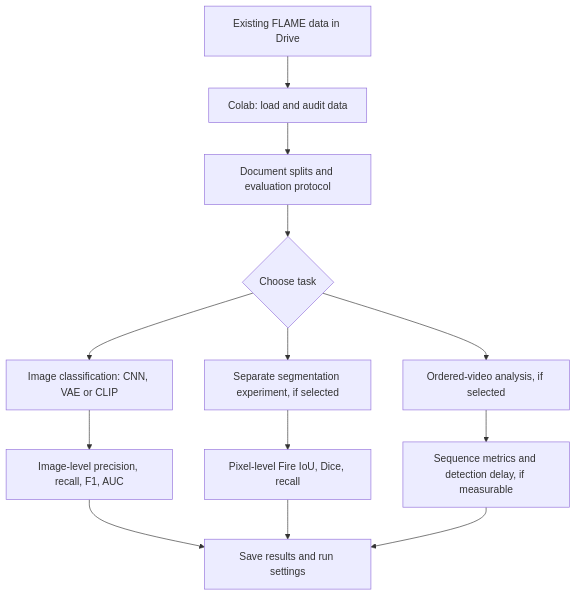
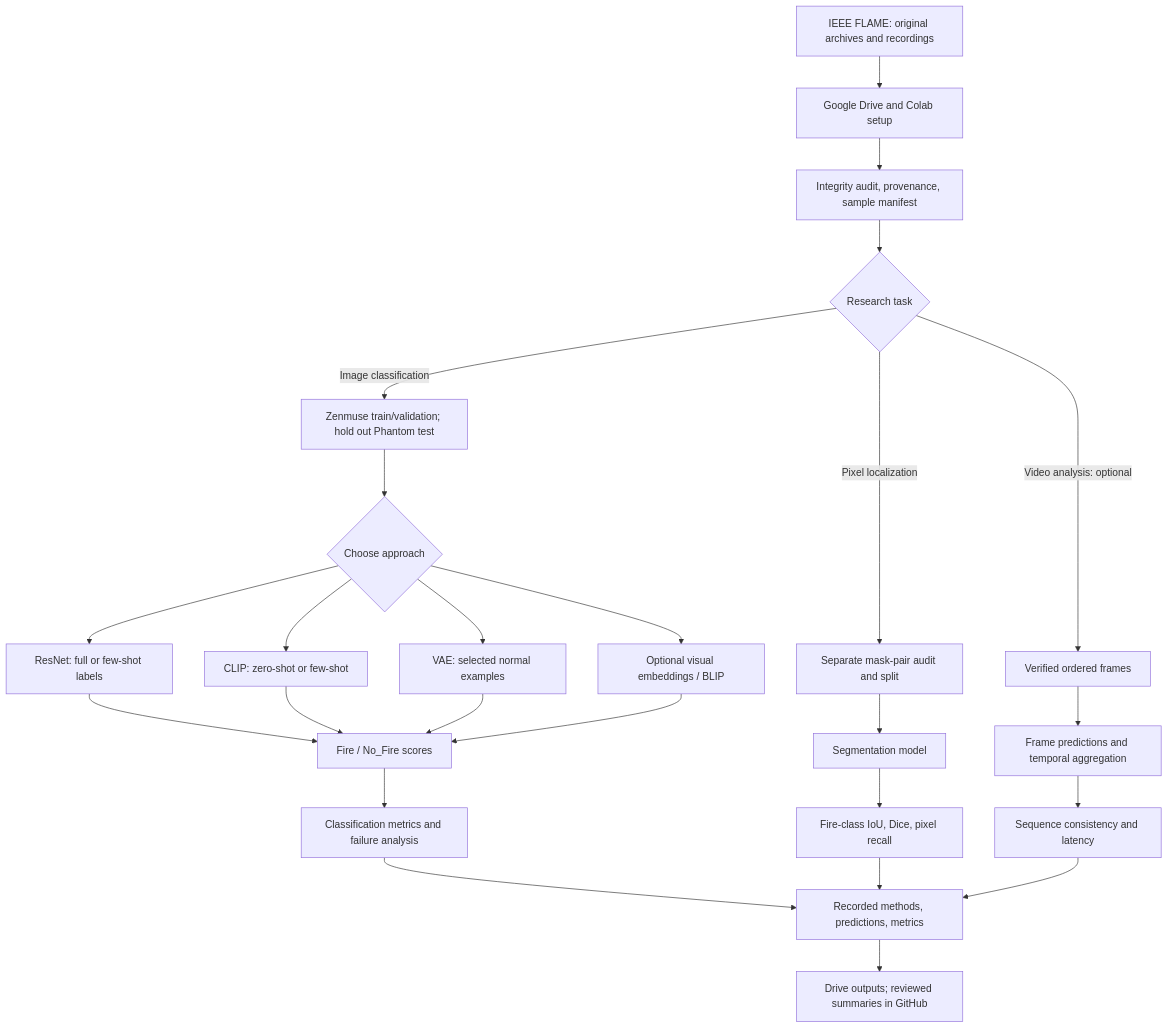
The diagram in README.md (DavidBraun777/aerial-fire-vision), drawn with Mermaid before and after one commit. The commit also changed other lines of this file, not shown here.

Commit message:
docs: restore comprehensive research methodology and FLAME documentation

````diff
--- a/README.md
+++ b/README.md
@@ -88,15 +143,31 @@
 ```mermaid
 flowchart TD
-    A["Existing FLAME data in Drive"] --> B["Colab: load and audit data"]
-    B --> C["Document splits and evaluation protocol"]
-    C --> D{"Choose task"}
-    D --> E["Image classification: CNN, VAE or CLIP"]
-    D --> F["Separate segmentation experiment, if selected"]
-    D --> G["Ordered-video analysis, if selected"]
-    E --> H["Image-level precision, recall, F1, AUC"]
-    F --> I["Pixel-level Fire IoU, Dice, recall"]
-    G --> J["Sequence metrics and detection delay, if measurable"]
-    H --> K["Save results and run settings"]
+    A["IEEE FLAME: original archives and recordings"] --> B["Google Drive and Colab setup"]
+    B --> C["Integrity audit, provenance, sample manifest"]
+    C --> D{"Research task"}
+
+    D -->|Image classification| E["Zenmuse train/validation; hold out Phantom test"]
+    E --> F{"Choose approach"}
+    F --> G["ResNet: full or few-shot labels"]
+    F --> H["CLIP: zero-shot or few-shot"]
+    F --> I["VAE: selected normal examples"]
+    F --> J["Optional visual embeddings / BLIP"]
+    G --> K["Fire / No_Fire scores"]
+    H --> K
     I --> K
     J --> K
+    K --> L["Classification metrics and failure analysis"]
+
+    D -->|Pixel localization| M["Separate mask-pair audit and split"]
+    M --> N["Segmentation model"]
+    N --> O["Fire-class IoU, Dice, pixel recall"]
+
+    D -->|Video analysis: optional| P["Verified ordered frames"]
+    P --> Q["Frame predictions and temporal aggregation"]
+    Q --> R["Sequence consistency and latency"]
+
+    L --> S["Recorded methods, predictions, metrics"]
+    O --> S
+    R --> S
+    S --> T["Drive outputs; reviewed summaries in GitHub"]
 ```
````
